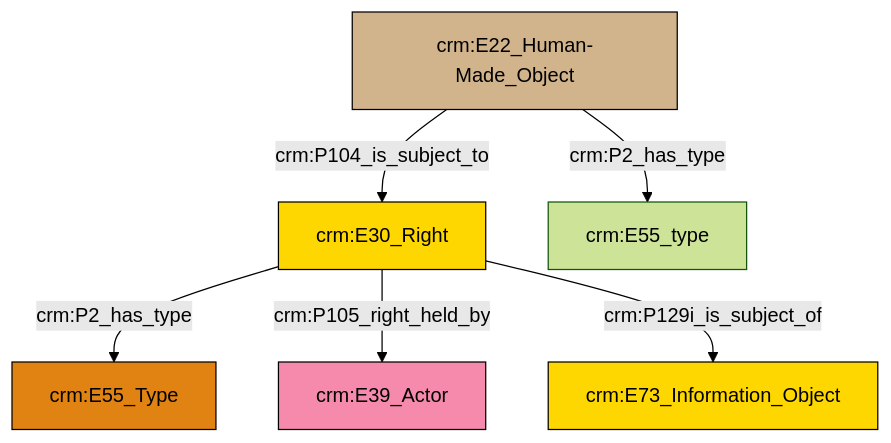
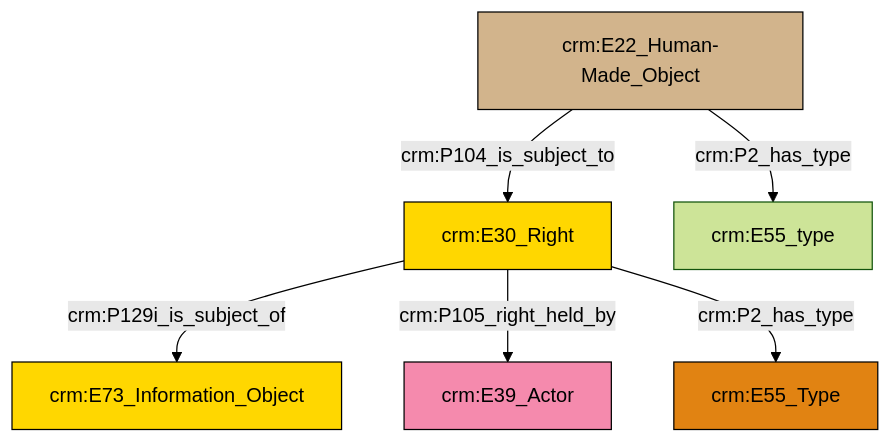
The diagram in et/builtWorkCSV/ttl/mmd/Built_Work_rights.ttl.mmd (swiss-art-research-net/reference-data-models), drawn with Mermaid (forest theme) before and after one commit. The commit also changed 125 other files, not shown here.

```diff
--- a/et/builtWorkCSV/ttl/mmd/Built_Work_rights.ttl.mmd
+++ b/et/builtWorkCSV/ttl/mmd/Built_Work_rights.ttl.mmd
@@ -1,20 +1,20 @@
 graph TD
 classDef Literal fill:#f2f2f2,stroke:#000000;
 classDef CRM_Entity fill:#FFFFFF,stroke:#000000;
 classDef Temporal_Entity fill:#00C9E6, stroke:#000000;
 classDef Type fill:#E18312, stroke:#000000;
 classDef Time-Span fill:#2C9C91, stroke:#000000;
 classDef Appellation fill:#FFEB7F, stroke:#000000;
 classDef Place fill:#008836, stroke:#000000;
 classDef Persistent_Item fill:#B266B2, stroke:#000000;
 classDef Conceptual_Object fill:#FFD700, stroke:#000000;
 classDef Physical_Thing fill:#D2B48C, stroke:#000000;
 classDef Actor fill:#f58aad, stroke:#000000;
 classDef PC_Classes fill:#4ce600, stroke:#000000;
 classDef Multi fill:#cccccc,stroke:#000000;
 
-0["crm:E22_Human-Made_Object"]:::Physical_Thing -->|crm:P104_is_subject_to| 1["crm:E30_Right"]:::Conceptual_Object
-1["crm:E30_Right"]:::Conceptual_Object -->|crm:P2_has_type| 2["crm:E55_Type"]:::Type
-1["crm:E30_Right"]:::Conceptual_Object -->|crm:P105_right_held_by| 3["crm:E39_Actor"]:::Actor
-0["crm:E22_Human-Made_Object"]:::Physical_Thing -->|crm:P2_has_type| 8["crm:E55_type"]:::Default
-1["crm:E30_Right"]:::Conceptual_Object -->|crm:P129i_is_subject_of| 5["crm:E73_Information_Object"]:::Conceptual_Object
+0["crm:E30_Right"]:::Conceptual_Object -->|crm:P129i_is_subject_of| 1["crm:E73_Information_Object"]:::Conceptual_Object
+4["crm:E22_Human-Made_Object"]:::Physical_Thing -->|crm:P104_is_subject_to| 0["crm:E30_Right"]:::Conceptual_Object
+0["crm:E30_Right"]:::Conceptual_Object -->|crm:P105_right_held_by| 2["crm:E39_Actor"]:::Actor
+0["crm:E30_Right"]:::Conceptual_Object -->|crm:P2_has_type| 5["crm:E55_Type"]:::Type
+4["crm:E22_Human-Made_Object"]:::Physical_Thing -->|crm:P2_has_type| 7["crm:E55_type"]:::Default
```
